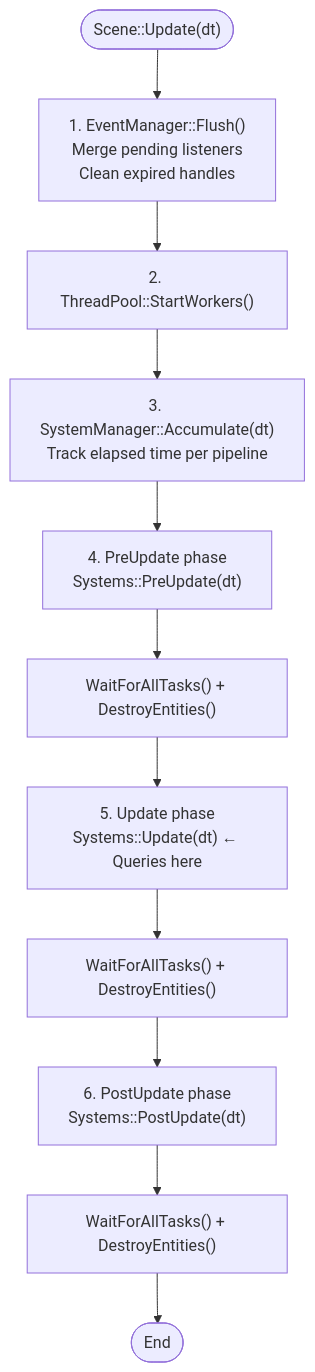
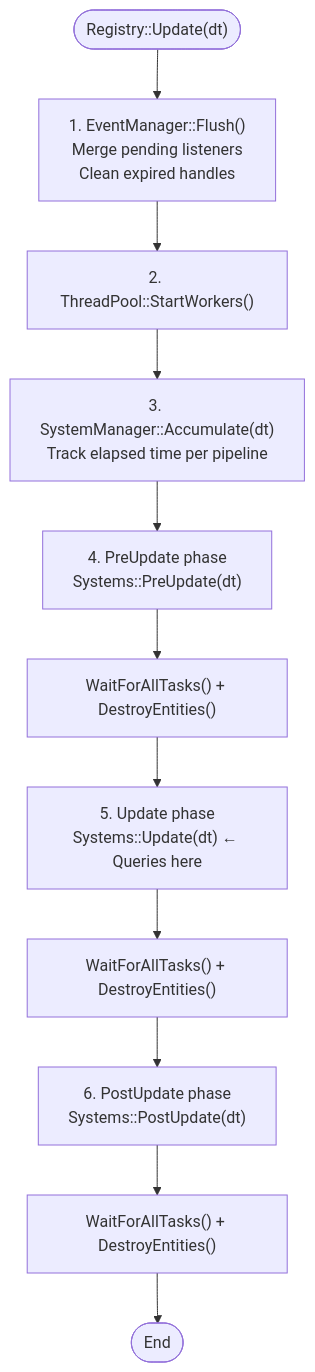
The diagram in docs/api/scene.md (gilmar-sales/Freyr), drawn with Mermaid before and after one commit. The commit also changed other lines of this file and 17 other files, not shown here.

````diff
--- a/docs/api/scene.md
+++ b/docs/api/scene.md
@@ -326,16 +350,16 @@
 ```mermaid
 graph TB
-    START(["Scene::Update(dt)"])
+    START(["Registry::Update(dt)"])
     FLUSH["1. EventManager::Flush()<br/>Merge pending listeners<br/>Clean expired handles"]
     WORKERS["2. ThreadPool::StartWorkers()"]
     ACCUM["3. SystemManager::Accumulate(dt)<br/>Track elapsed time per pipeline"]
     PRE["4. PreUpdate phase<br/>Systems::PreUpdate(dt)"]
     PRE_WAIT["WaitForAllTasks() + DestroyEntities()"]
     UPD["5. Update phase<br/>Systems::Update(dt) ← Queries here"]
     UPD_WAIT["WaitForAllTasks() + DestroyEntities()"]
     POST["6. PostUpdate phase<br/>Systems::PostUpdate(dt)"]
     POST_WAIT["WaitForAllTasks() + DestroyEntities()"]
     FINISH(["End"])
 
     START --> FLUSH --> WORKERS --> ACCUM --> PRE --> PRE_WAIT --> UPD --> UPD_WAIT --> POST --> POST_WAIT --> FINISH
 ```
````
